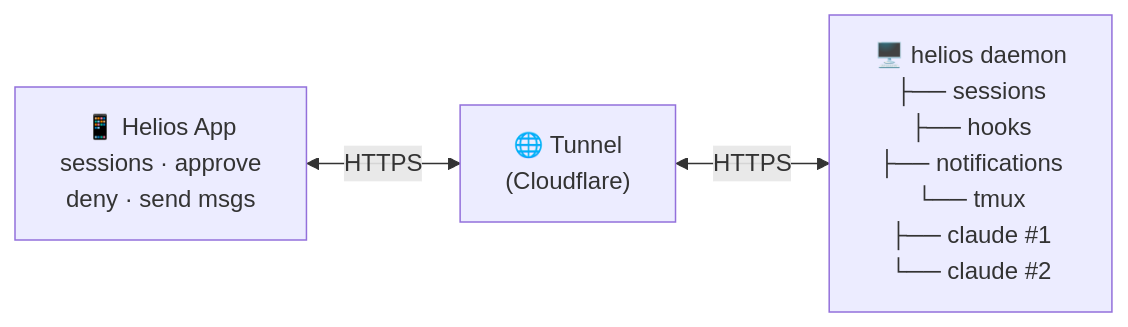
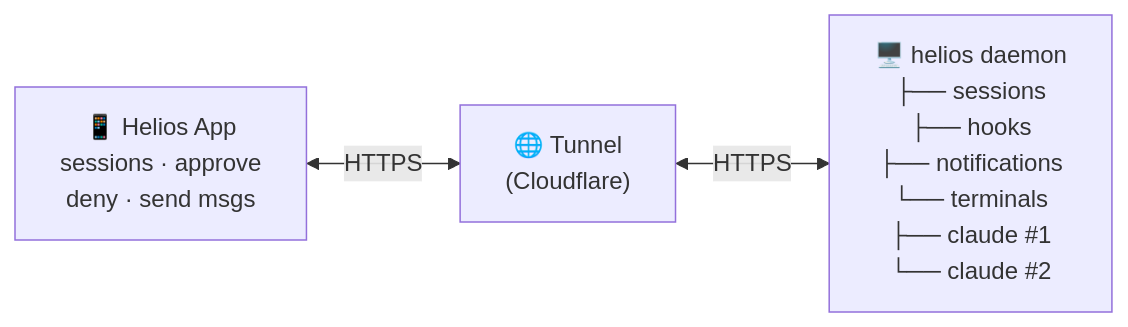
One commit to kamrul1157024/helios changed the first of 4 diagrams in README.md. Above: the diagram before and after it, drawn with Mermaid. The commit also changed other lines of this file and 80 other files, not shown here.

````diff
--- a/README.md
+++ b/README.md
@@ -11,9 +11,9 @@
 ```mermaid
 graph LR
     Phone["📱 Helios App<br/>sessions · approve<br/>deny · send msgs"]
     Tunnel["🌐 Tunnel<br/>(Cloudflare)"]
-    Daemon["🖥️ helios daemon<br/>├── sessions<br/>├── hooks<br/>├── notifications<br/>└── tmux<br/>    ├── claude #1<br/>    └── claude #2"]
+    Daemon["🖥️ helios daemon<br/>├── sessions<br/>├── hooks<br/>├── notifications<br/>└── terminals<br/>    ├── claude #1<br/>    └── claude #2"]
 
     Phone <-->|HTTPS| Tunnel
     Tunnel <-->|HTTPS| Daemon
 ```
````
